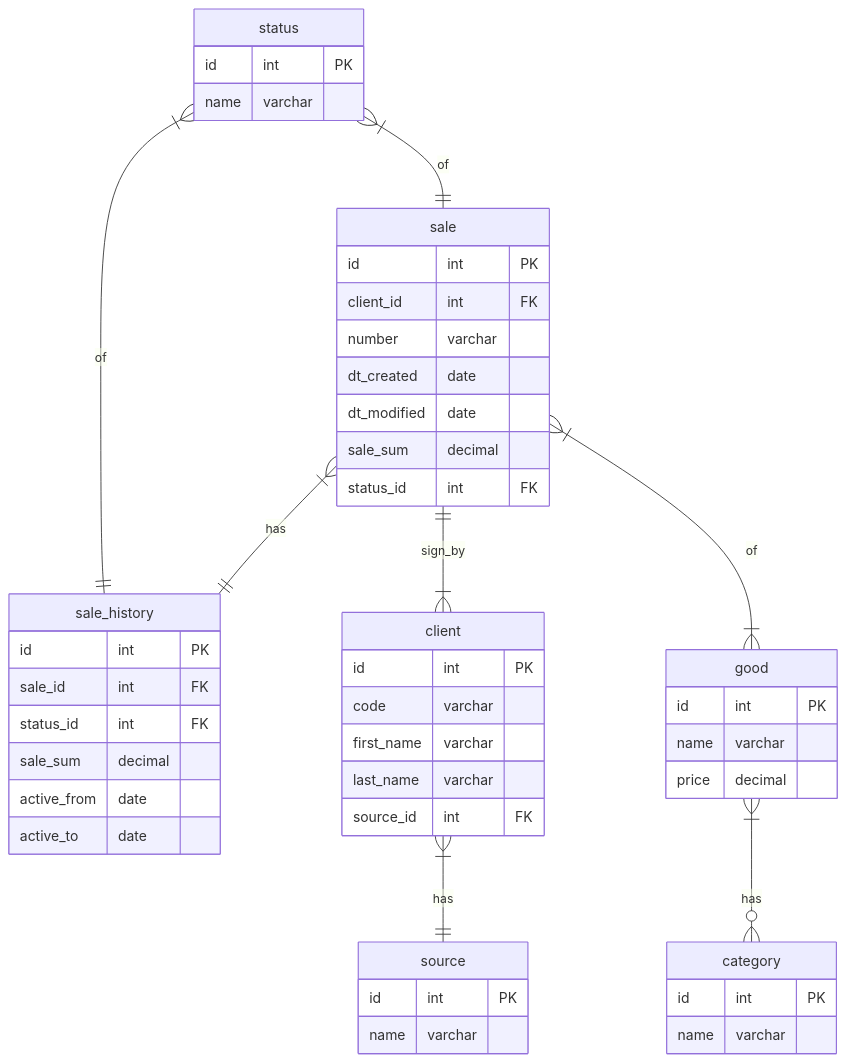
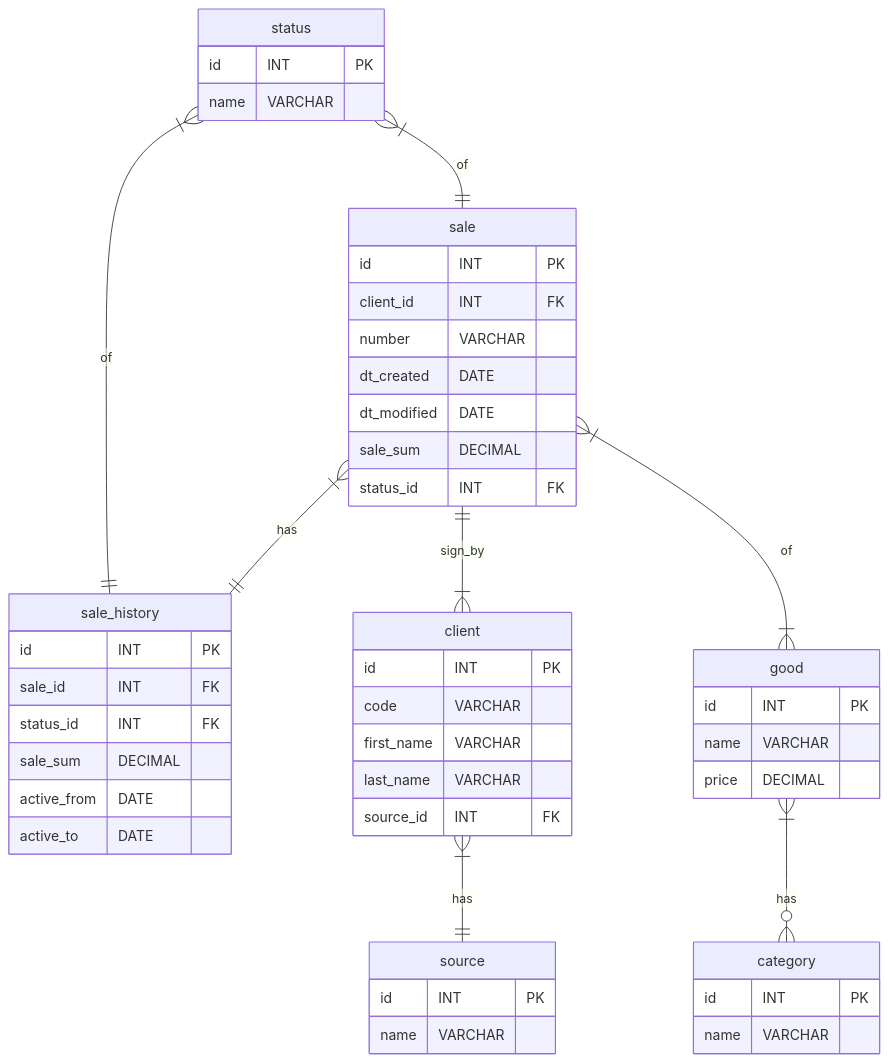
The diagram in markdown/task3.md (MikeKondr99/NTDPS), drawn with Mermaid before and after one commit. The commit also changed other lines of this file and 1 other file, not shown here.

Commit message:
добавил описание задачи 4

````diff
--- a/markdown/task3.md
+++ b/markdown/task3.md
@@ -7,60 +7,60 @@
 ```mermaid
 %%{init: {'themeCSS': '.er.entityLabel {fill: black !important;} .er.entityBox { fill:rgb(181, 181, 238) !important; }'}}%%
 erDiagram
 
 sale_history {
-    id int PK
-    sale_id int FK
-    status_id int FK
-    sale_sum decimal 
-    active_from date
-    active_to date
+    id INT PK
+    sale_id INT FK
+    status_id INT FK
+    sale_sum DECIMAL 
+    active_from DATE
+    active_to DATE
 }
 
 status {
-    id int PK
-    name varchar
+    id INT PK
+    name VARCHAR
 }
 
 sale {
-    id int PK
-    client_id int FK
-    number varchar
-    dt_created date
-    dt_modified date
-    sale_sum decimal
-    status_id int FK
+    id INT PK
+    client_id INT FK
+    number VARCHAR
+    dt_created DATE
+    dt_modified DATE
+    sale_sum DECIMAL
+    status_id INT FK
 }
 
 category {
-    id int PK
-    name varchar
+    id INT PK
+    name VARCHAR
 }
 
 good {
-    id int PK
-    name varchar
-    price decimal
+    id INT PK
+    name VARCHAR
+    price DECIMAL
 }
 
 client {
-    id int PK
-    code varchar
-    first_name varchar
-    last_name varchar
-    source_id int FK
+    id INT PK
+    code VARCHAR
+    first_name VARCHAR
+    last_name VARCHAR
+    source_id INT FK
 }
 
 source {
-    id int PK
-    name varchar
+    id INT PK
+    name VARCHAR
 }
 
 client }|--|| source : has
 sale ||--|{ client : sign_by
 good }|--o{ category : has
 sale }|--|| sale_history : has
 status }|--|| sale_history : of
 status }|--|| sale : of
 sale }|--|{ good : of
 ```
````
